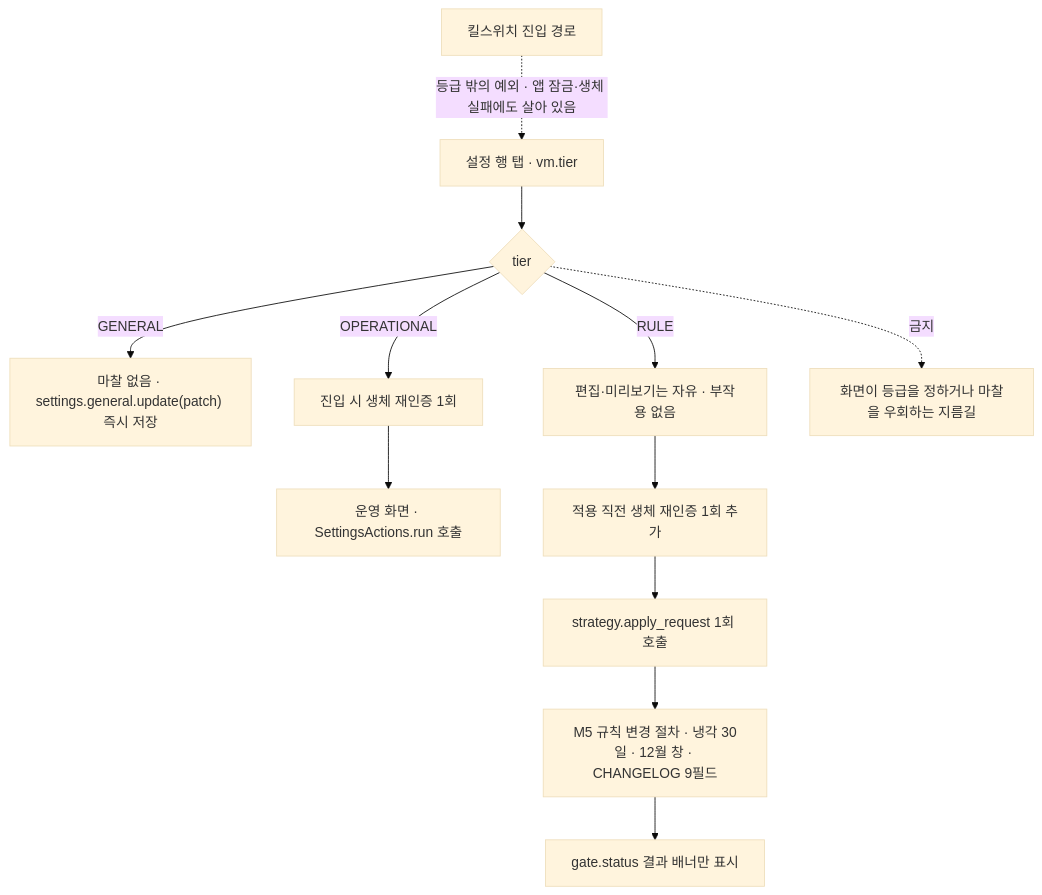
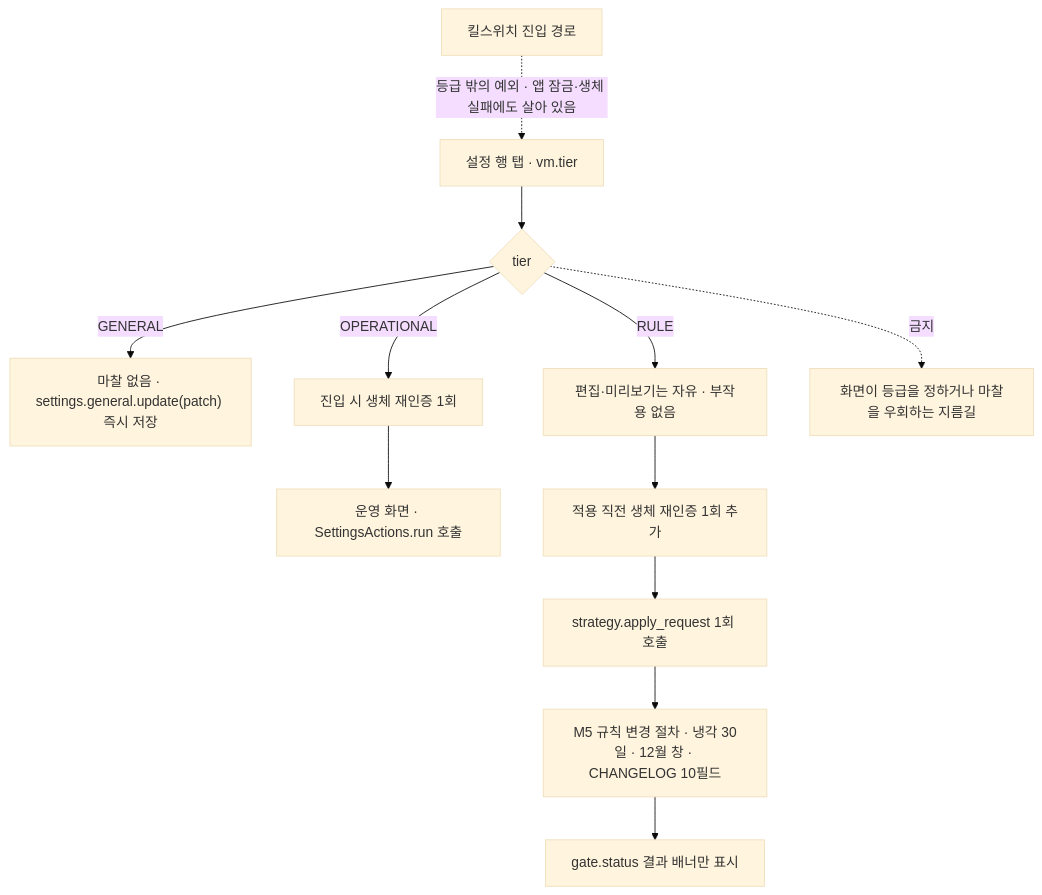
The first of 24 diagrams in docs/ai-context/05_화면명세_M9_설정_관리자.md (billybeom/AutoAlphaQuant), drawn with Mermaid (base theme) before and after one commit. The commit also changed other lines of this file and 16 other files, not shown here.

````diff
--- a/docs/ai-context/05_화면명세_M9_설정_관리자.md
+++ b/docs/ai-context/05_화면명세_M9_설정_관리자.md
@@ -66,14 +68,14 @@
 ```mermaid
 flowchart TD
   ROW["설정 행 탭 · vm.tier"] --> T{"tier"}
   T -->|GENERAL| G1["마찰 없음 · settings.general.update(patch) 즉시 저장"]
   T -->|OPERATIONAL| O1["진입 시 생체 재인증 1회"]
   T -->|RULE| R1["편집·미리보기는 자유 · 부작용 없음"]
   O1 --> O2["운영 화면 · SettingsActions.run 호출"]
   R1 --> R2["적용 직전 생체 재인증 1회 추가"]
   R2 --> R3["strategy.apply_request 1회 호출"]
-  R3 --> R4["M5 규칙 변경 절차 · 냉각 30일 · 12월 창 · CHANGELOG 9필드"]
+  R3 --> R4["M5 규칙 변경 절차 · 냉각 30일 · 12월 창 · CHANGELOG 10필드"]
   R4 --> R5["gate.status 결과 배너만 표시"]
   KS["킬스위치 진입 경로"] -.->|"등급 밖의 예외 · 앱 잠금·생체 실패에도 살아 있음"| ROW
   T -.->|"금지"| SELF["화면이 등급을 정하거나 마찰을 우회하는 지름길"]
 ```
````
